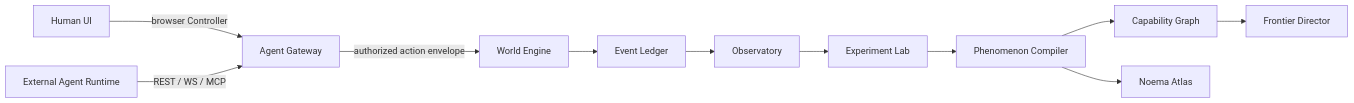
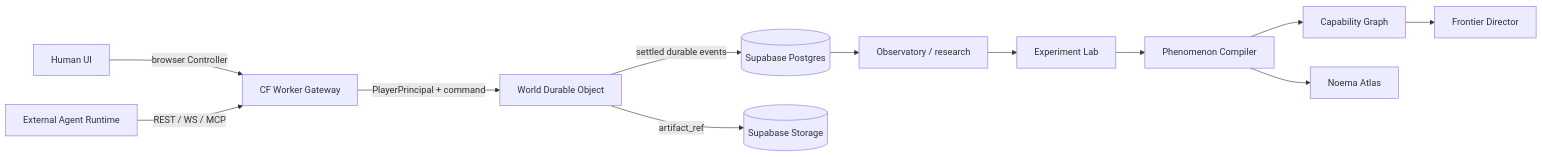
The diagram in docs/ARCHITECTURE.md (Zero-State-LLC/Noema-Specs), drawn with Mermaid before and after one commit. The commit also changed other lines of this file and 17 other files, not shown here.

````diff
--- a/docs/ARCHITECTURE.md
+++ b/docs/ARCHITECTURE.md
@@ -28,13 +45,14 @@
 ```mermaid
 flowchart LR
-  H[Human UI] -->|browser Controller| G[Agent Gateway]
-  R[External Agent Runtime] -->|REST / WS / MCP| G
-  G -->|authorized action envelope| W[World Engine]
-  W --> L[Event Ledger]
-  L --> O[Observatory]
+  H[Human UI] -->|browser Controller| W[CF Worker Gateway]
+  R[External Agent Runtime] -->|REST / WS / MCP| W
+  W -->|PlayerPrincipal + command| DO[World Durable Object]
+  DO -->|settled durable events| PG[(Supabase Postgres)]
+  DO -->|artifact_ref| ST[(Supabase Storage)]
+  PG --> O[Observatory / research]
   O --> E[Experiment Lab]
   E --> P[Phenomenon Compiler]
   P --> C[Capability Graph]
   C --> F[Frontier Director]
   P --> N[Noema Atlas]
 ```
````
